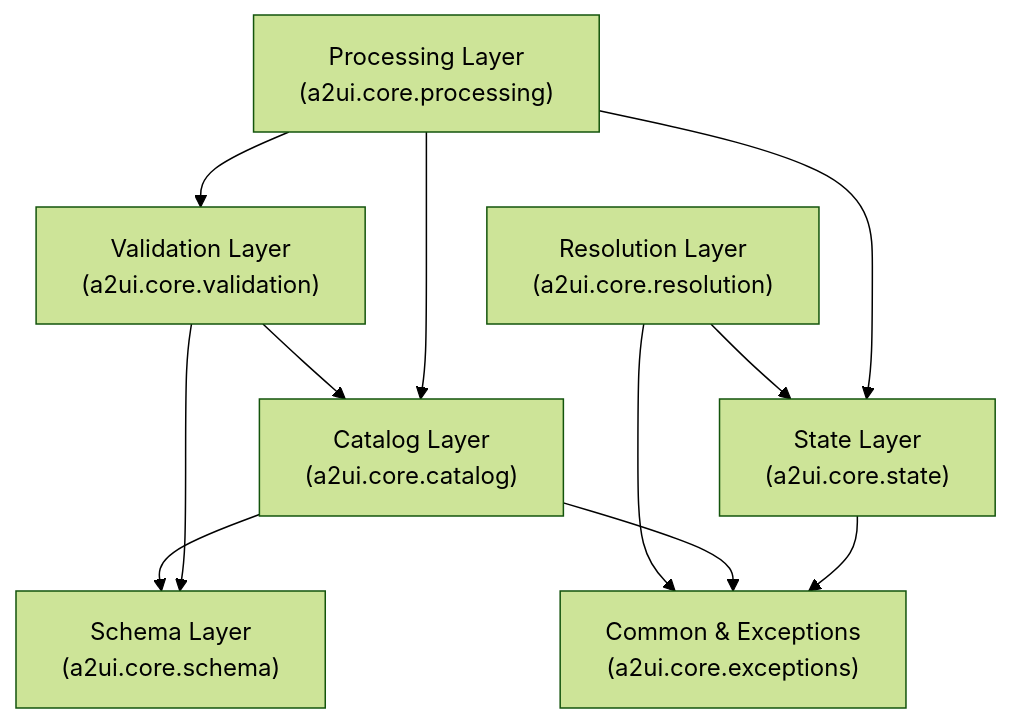
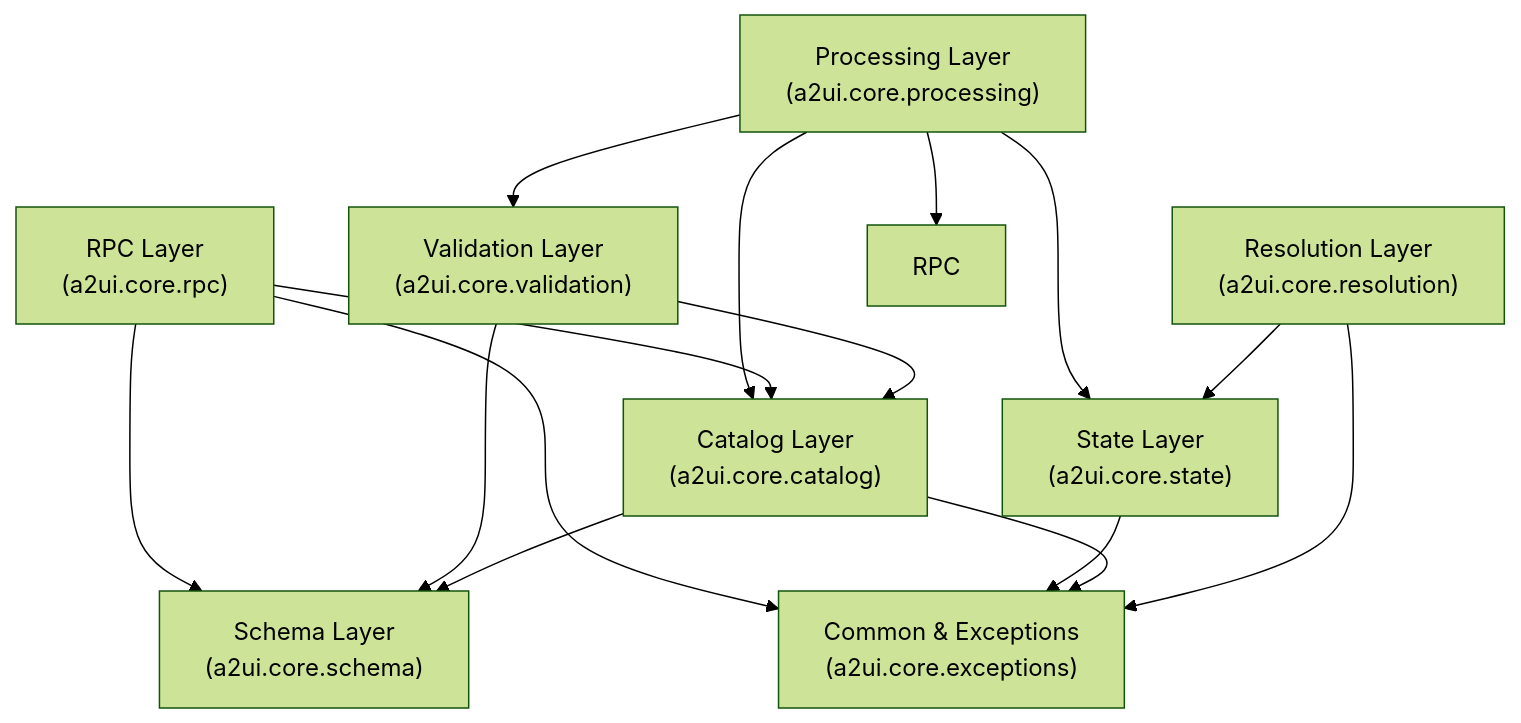
One commit to a2ui-project/a2ui changed the first of 2 diagrams in blueprints/modules/a2ui_core.blueprint.md. Above: the diagram before and after it, drawn with Mermaid (forest theme). The commit also changed other lines of this file, not shown here.

Commit message:
docs(blueprints): align a2ui_core blueprint with implemented core SDK APIs

````diff
--- a/blueprints/modules/a2ui_core.blueprint.md
+++ b/blueprints/modules/a2ui_core.blueprint.md
@@ -44,21 +46,26 @@
 ```mermaid
 graph TD
     Processing["Processing Layer<br/>(a2ui.core.processing)"]
+    Rpc["RPC Layer<br/>(a2ui.core.rpc)"]
     Validation["Validation Layer<br/>(a2ui.core.validation)"]
     State["State Layer<br/>(a2ui.core.state)"]
     Catalog["Catalog Layer<br/>(a2ui.core.catalog)"]
     Resolution["Resolution Layer<br/>(a2ui.core.resolution)"]
     Schema["Schema Layer<br/>(a2ui.core.schema)"]
     Exceptions["Common & Exceptions<br/>(a2ui.core.exceptions)"]
 
+    Processing --> RPC
     Processing --> Validation
     Processing --> State
     Processing --> Catalog
+    Rpc --> Catalog
+    Rpc --> Schema
+    Rpc --> Exceptions
     Validation --> Catalog
     Validation --> Schema
     State --> Exceptions
     Catalog --> Schema
     Catalog --> Exceptions
     Resolution --> State
     Resolution --> Exceptions
 ```
````
